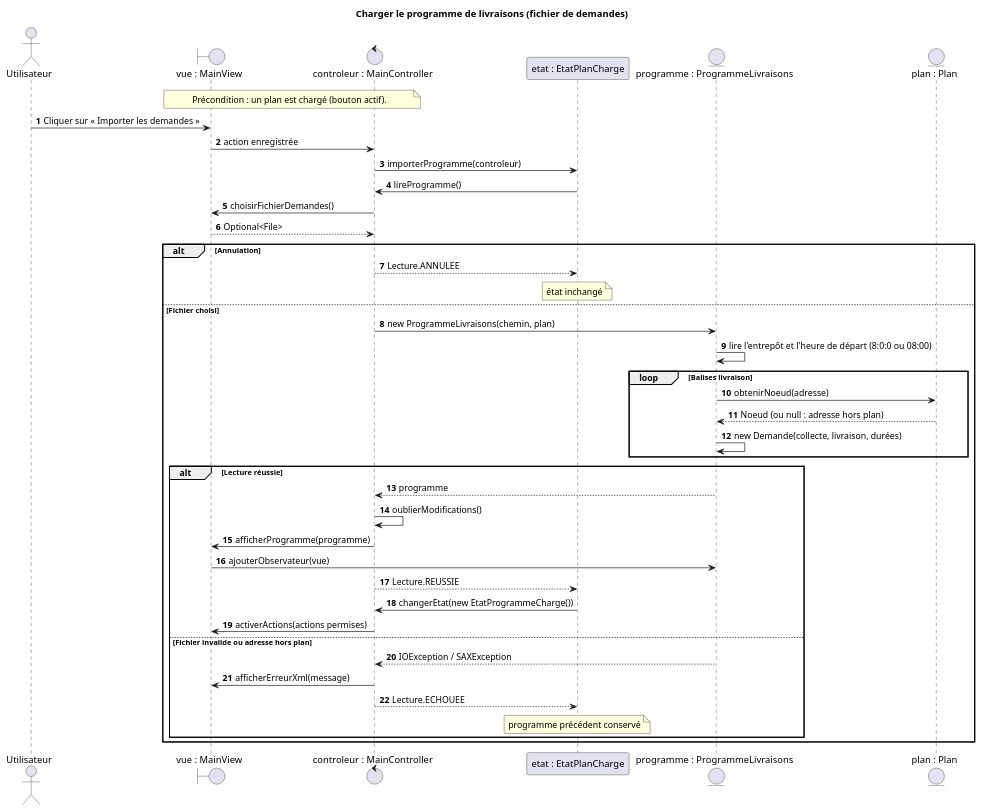
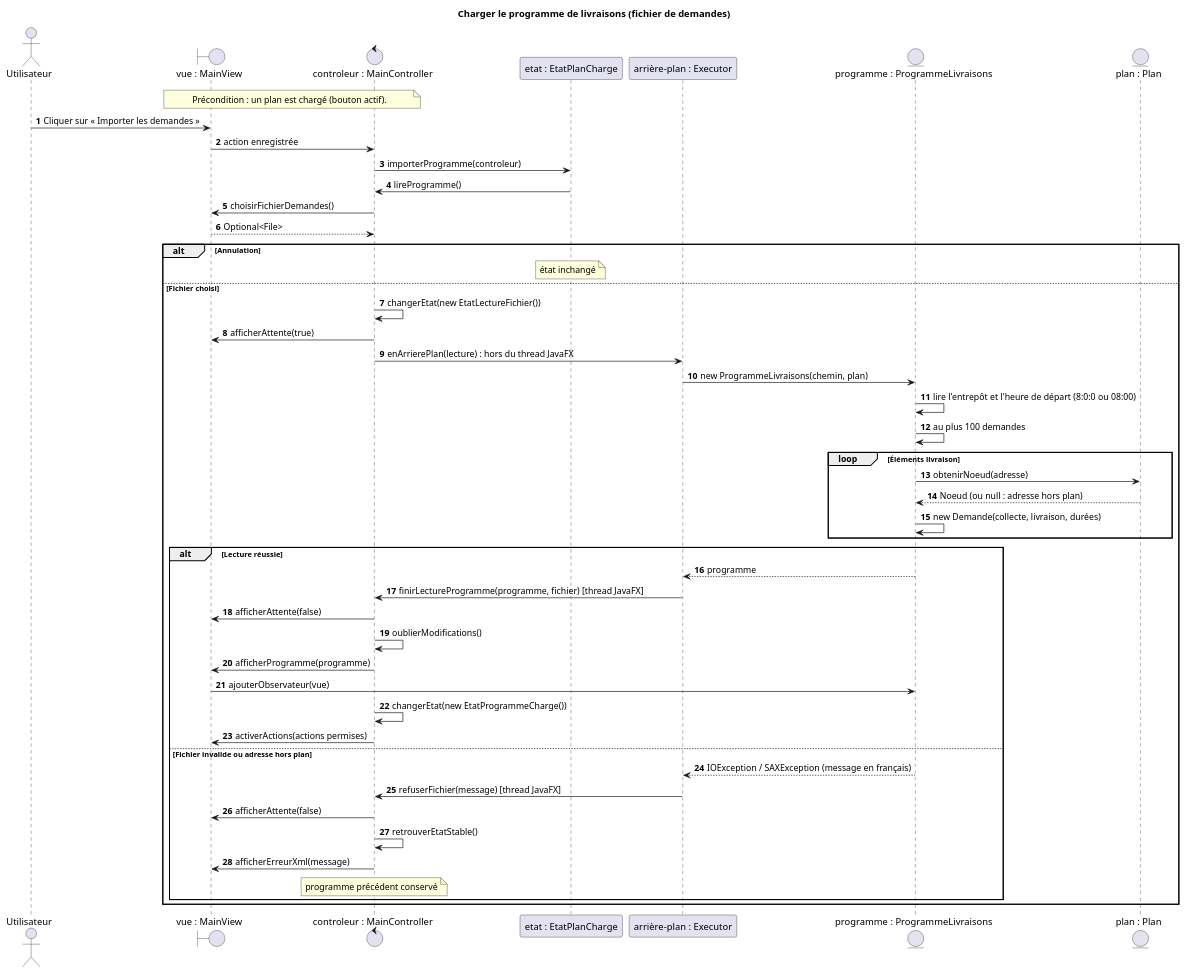
The diagram in docs/diagrams/sequence-chargement-programme.puml (tristanhp/Optimod-Lyon), drawn with PlantUML before and after one commit. The commit also changed 26 other files, not shown here.

```diff
--- a/docs/diagrams/sequence-chargement-programme.puml
+++ b/docs/diagrams/sequence-chargement-programme.puml
@@ -1,43 +1,50 @@
 @startuml sequence-chargement-programme
 title Charger le programme de livraisons (fichier de demandes)
 autonumber
 actor Utilisateur as U
 boundary "vue : MainView" as V
 control "controleur : MainController" as C
 participant "etat : EtatPlanCharge" as E
+participant "arrière-plan : Executor" as A
 entity "programme : ProgrammeLivraisons" as L
 entity "plan : Plan" as P
 note over V,C : Précondition : un plan est chargé (bouton actif).
 U -> V : Cliquer sur « Importer les demandes »
 V -> C : action enregistrée
 C -> E : importerProgramme(controleur)
 E -> C : lireProgramme()
 C -> V : choisirFichierDemandes()
 V --> C : Optional<File>
 alt Annulation
-  C --> E : Lecture.ANNULEE
   note over E : état inchangé
 else Fichier choisi
-  C -> L : new ProgrammeLivraisons(chemin, plan)
+  C -> C : changerEtat(new EtatLectureFichier())
+  C -> V : afficherAttente(true)
+  C -> A : enArrierePlan(lecture) : hors du thread JavaFX
+  A -> L : new ProgrammeLivraisons(chemin, plan)
   L -> L : lire l'entrepôt et l'heure de départ (8:0:0 ou 08:00)
-  loop Balises livraison
+  L -> L : au plus 100 demandes
+  loop Éléments livraison
     L -> P : obtenirNoeud(adresse)
     P --> L : Noeud (ou null : adresse hors plan)
     L -> L : new Demande(collecte, livraison, durées)
   end
   alt Lecture réussie
-    L --> C : programme
+    L --> A : programme
+    A -> C : finirLectureProgramme(programme, fichier) [thread JavaFX]
+    C -> V : afficherAttente(false)
     C -> C : oublierModifications()
     C -> V : afficherProgramme(programme)
     V -> L : ajouterObservateur(vue)
-    C --> E : Lecture.REUSSIE
-    E -> C : changerEtat(new EtatProgrammeCharge())
+    C -> C : changerEtat(new EtatProgrammeCharge())
     C -> V : activerActions(actions permises)
   else Fichier invalide ou adresse hors plan
-    L --> C : IOException / SAXException
+    L --> A : IOException / SAXException (message en français)
+    A -> C : refuserFichier(message) [thread JavaFX]
+    C -> V : afficherAttente(false)
+    C -> C : retrouverEtatStable()
     C -> V : afficherErreurXml(message)
-    C --> E : Lecture.ECHOUEE
-    note over E : programme précédent conservé
+    note over C : programme précédent conservé
   end
 end
 @enduml
```
